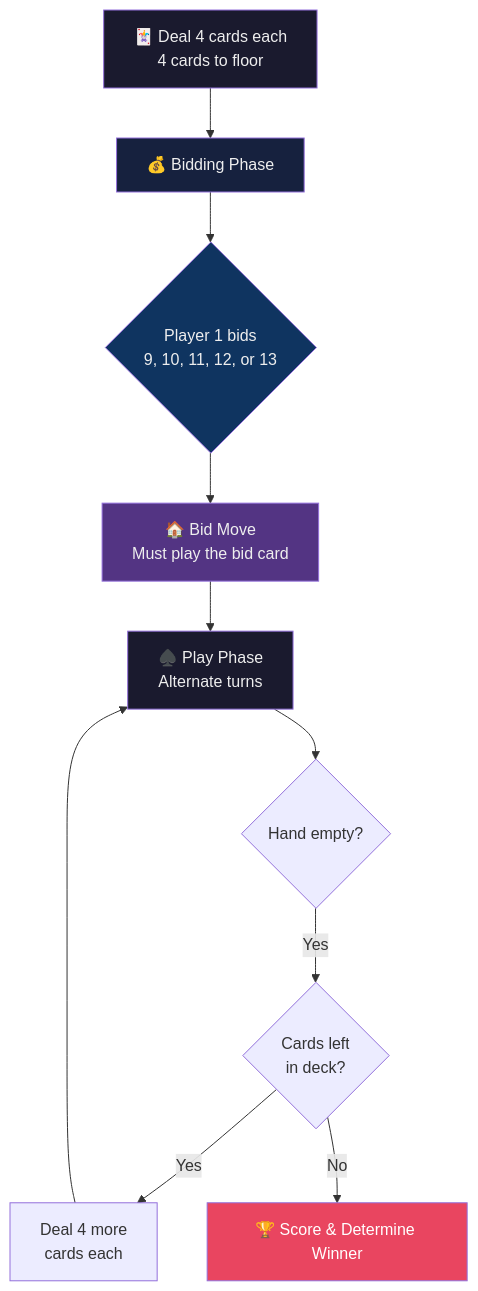
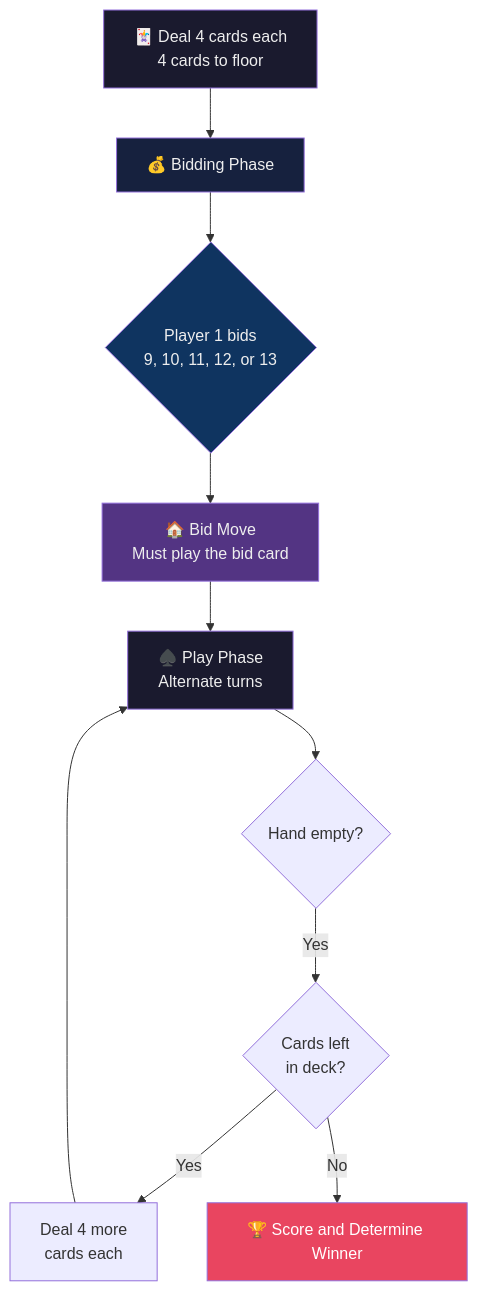
The first of 3 diagrams in README.md (Shreshtthh/ZK-Seep), drawn with Mermaid before and after one commit. The commit also changed other lines of this file, not shown here.

````diff
--- a/README.md
+++ b/README.md
@@ -74,19 +74,19 @@
 ```mermaid
 flowchart TD
-    A["🃏 Deal 4 cards each\n4 cards to floor"] --> B["💰 Bidding Phase"]
-    B --> C{"Player 1 bids\n9, 10, 11, 12, or 13"}
-    C --> D["🏠 Bid Move\nMust play the bid card"]
-    D --> E["♠️ Play Phase\nAlternate turns"]
+    A["🃏 Deal 4 cards each<br/>4 cards to floor"] --> B["💰 Bidding Phase"]
+    B --> C{"Player 1 bids<br/>9, 10, 11, 12, or 13"}
+    C --> D["🏠 Bid Move<br/>Must play the bid card"]
+    D --> E["♠️ Play Phase<br/>Alternate turns"]
     E --> F{"Hand empty?"}
-    F -->|Yes| G{"Cards left\nin deck?"}
-    G -->|Yes| H["Deal 4 more\ncards each"]
+    F -->|Yes| G{"Cards left<br/>in deck?"}
+    G -->|Yes| H["Deal 4 more<br/>cards each"]
     H --> E
-    G -->|No| I["🏆 Score & Determine Winner"]
+    G -->|No| I["🏆 Score and Determine Winner"]
 
     style A fill:#1a1a2e,color:#eee
     style B fill:#16213e,color:#eee
     style C fill:#0f3460,color:#eee
     style D fill:#533483,color:#eee
     style E fill:#1a1a2e,color:#eee
     style I fill:#e94560,color:#fff
 ```
````
